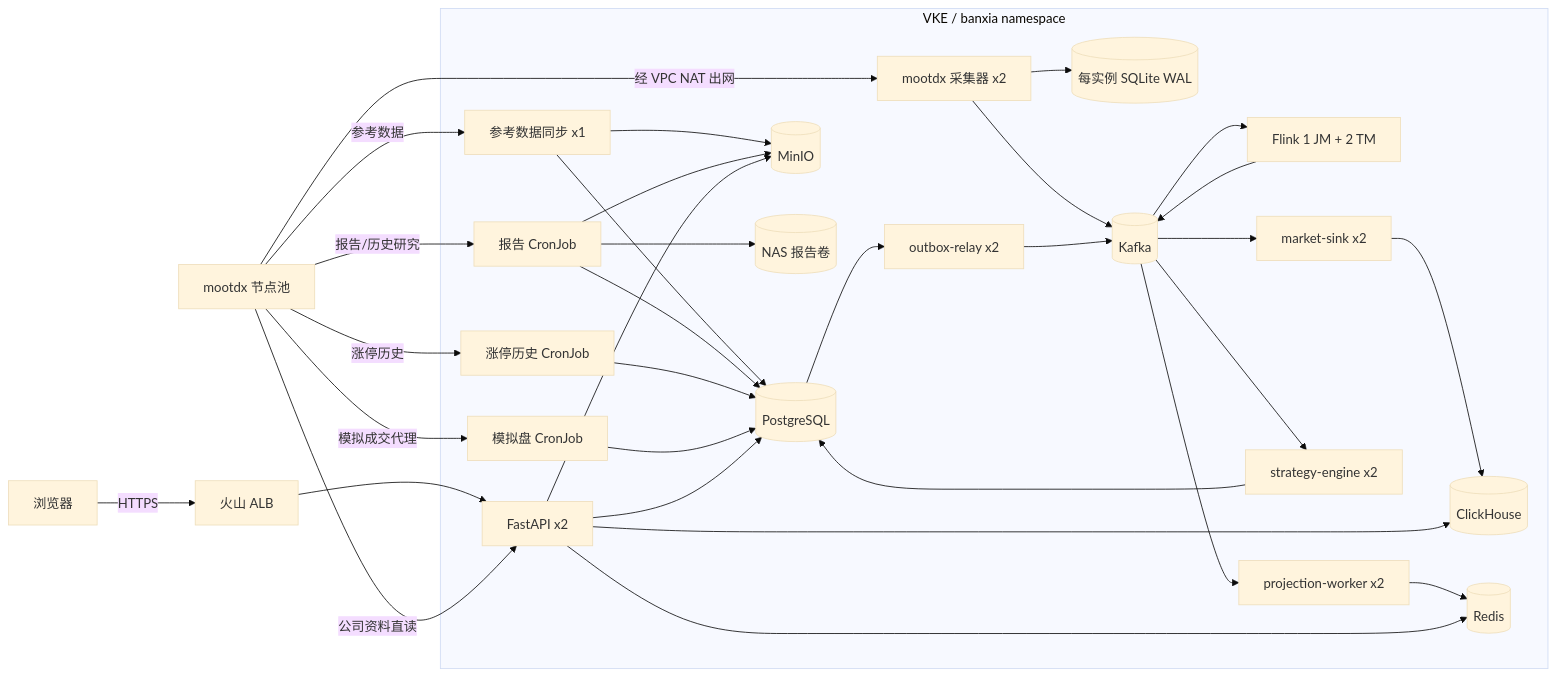
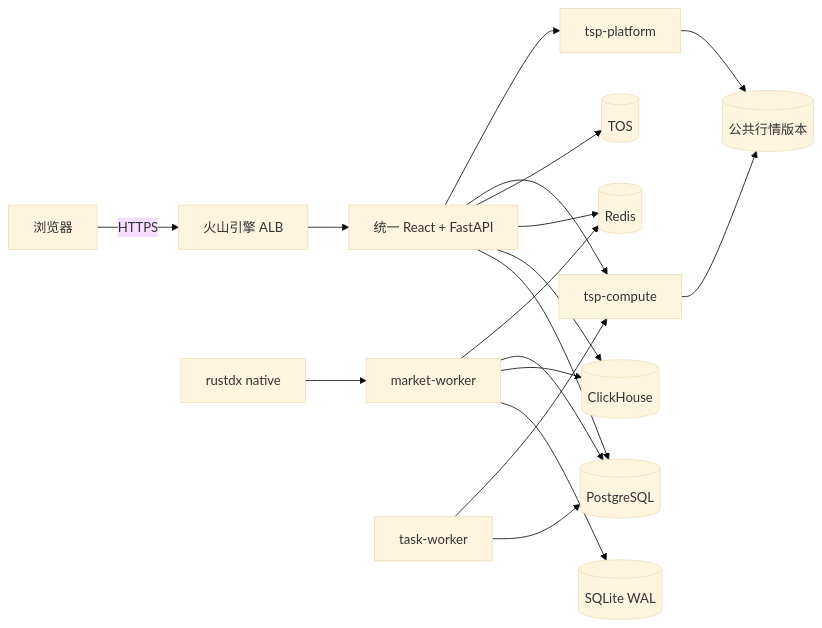
One commit to jelven007/LSS changed the diagram in docs/13-current-production-solution.md. Above: the diagram before and after it, drawn with Mermaid (base theme). The commit also changed other lines of this file and 98 other files, not shown here.

Commit message:
feat: adopt lean production architecture

````diff
--- a/docs/13-current-production-solution.md
+++ b/docs/13-current-production-solution.md
@@ -50,56 +20,23 @@
 ```mermaid
 flowchart LR
-    U[浏览器] -->|HTTPS| ALB[火山 ALB]
-    ALB --> API[FastAPI x2]
+    U[浏览器] -->|HTTPS| ALB[火山引擎 ALB]
+    ALB --> APP[统一 React + FastAPI]
 
-    subgraph VKE[VKE / banxia namespace]
-        MC[mootdx 采集器 x2]
-        WAL[(每实例 SQLite WAL)]
-        K[(Kafka)]
-        FL[Flink 1 JM + 2 TM]
-        MS[market-sink x2]
-        SE[strategy-engine x2]
-        OB[outbox-relay x2]
-        PR[projection-worker x2]
-        RS[参考数据同步 x1]
-        CR[报告 CronJob]
-        LH[涨停历史 CronJob]
-        PT[模拟盘 CronJob]
-        PG[(PostgreSQL)]
-        CH[(ClickHouse)]
-        RD[(Redis)]
-        MI[(MinIO)]
-        NAS[(NAS 报告卷)]
+    APP --> PG[(PostgreSQL)]
+    APP --> CH[(ClickHouse)]
+    APP --> RD[(Redis)]
+    APP --> TOS[(TOS)]
+    APP --> COMP[tsp-compute]
 
-        MC --> WAL
-        MC --> K
-        K --> FL
-        K --> MS
-        K --> SE
-        FL --> K
-        MS --> CH
-        SE --> PG
-        PG --> OB
-        OB --> K
-        K --> PR
-        PR --> RD
-        RS --> PG
-        RS --> MI
-        CR --> PG
-        CR --> MI
-        CR --> NAS
-        LH --> PG
-        PT --> PG
-        API --> PG
-        API --> CH
-        API --> RD
-        API --> MI
-    end
+    RDX[rustdx native] --> MW[market-worker]
+    MW --> WAL[(SQLite WAL)]
+    MW --> CH
+    MW --> PG
+    MW --> RD
 
-    TDX[mootdx 节点池] -->|经 VPC NAT 出网| MC
-    TDX -->|参考数据| RS
-    TDX -->|报告/历史研究| CR
-    TDX -->|涨停历史| LH
-    TDX -->|模拟成交代理| PT
-    TDX -->|公司资料直读| API
+    TASK[task-worker] --> PG
+    TASK --> COMP
+    PLATFORM[tsp-platform] --> STATE[(公共行情版本)]
+    APP --> PLATFORM
+    COMP --> STATE
 ```
````
